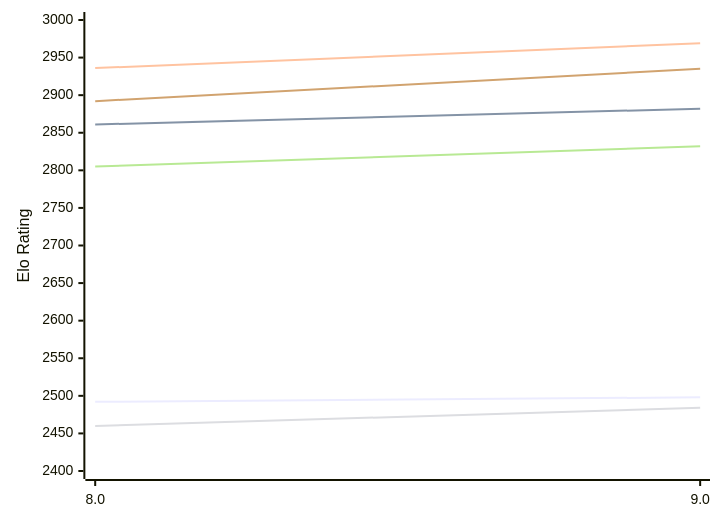
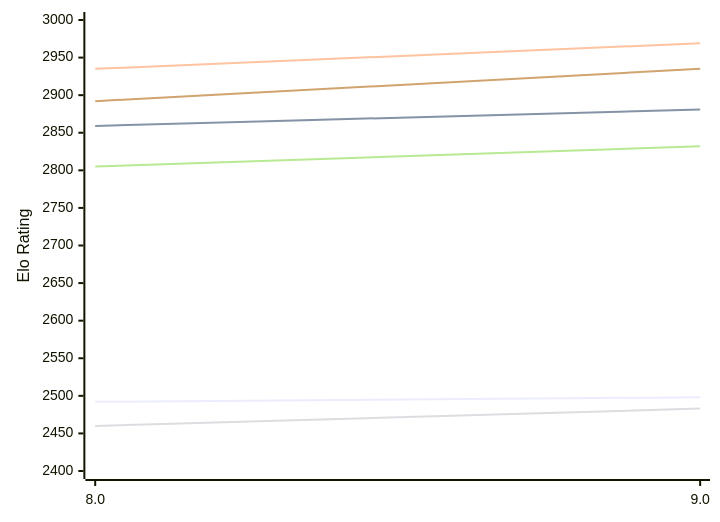
The first of 2 diagrams in engines/4kc.md (computer-chess-index/cci), drawn with Mermaid before and after one commit. The commit also changed other lines of this file, not shown here.

Commit message:
Update CCI Ratings (ELO VLTC) - 2026-11-28

````diff
--- a/engines/4kc.md
+++ b/engines/4kc.md
@@ -51,12 +51,12 @@
 ```mermaid
 %%{init: {"theme":"base","themeVariables":{"seriesColors:['#a3a3a3','#222221','#faa371']}}}%%
 xychart-beta
   x-axis ["8.0", "9.0"]
   y-axis "Elo Rating" 2400 --> 3000
   line "E1: STC (8.0+0.08s)" [2492, 2498]
-  line "E1: LTC (60.0+0.60s)" [2861, 2882]
-  line "E1: VLTC (2m24s+1.12s)" [2936, 2969]
-  line "P1: STC (8.0+0.08s)" [2460, 2484]
+  line "E1: LTC (60.0+0.60s)" [2859, 2881]
+  line "E1: VLTC (2m24s+1.12s)" [2935, 2969]
+  line "P1: STC (8.0+0.08s)" [2460, 2483]
   line "P1: LTC (60.0+0.60s)" [2805, 2832]
   line "P1: VLTC (2m24s+1.12s)" [2892, 2935]
 ```
````
